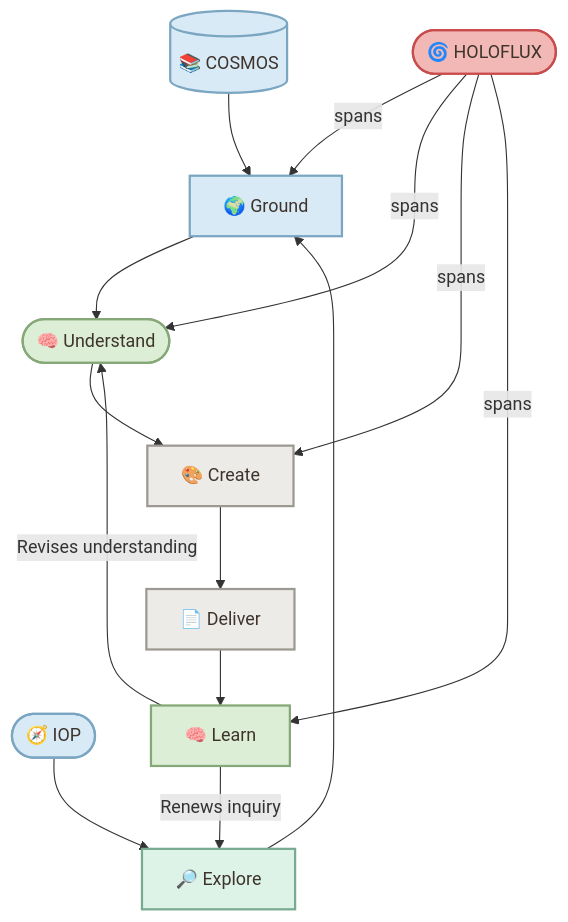
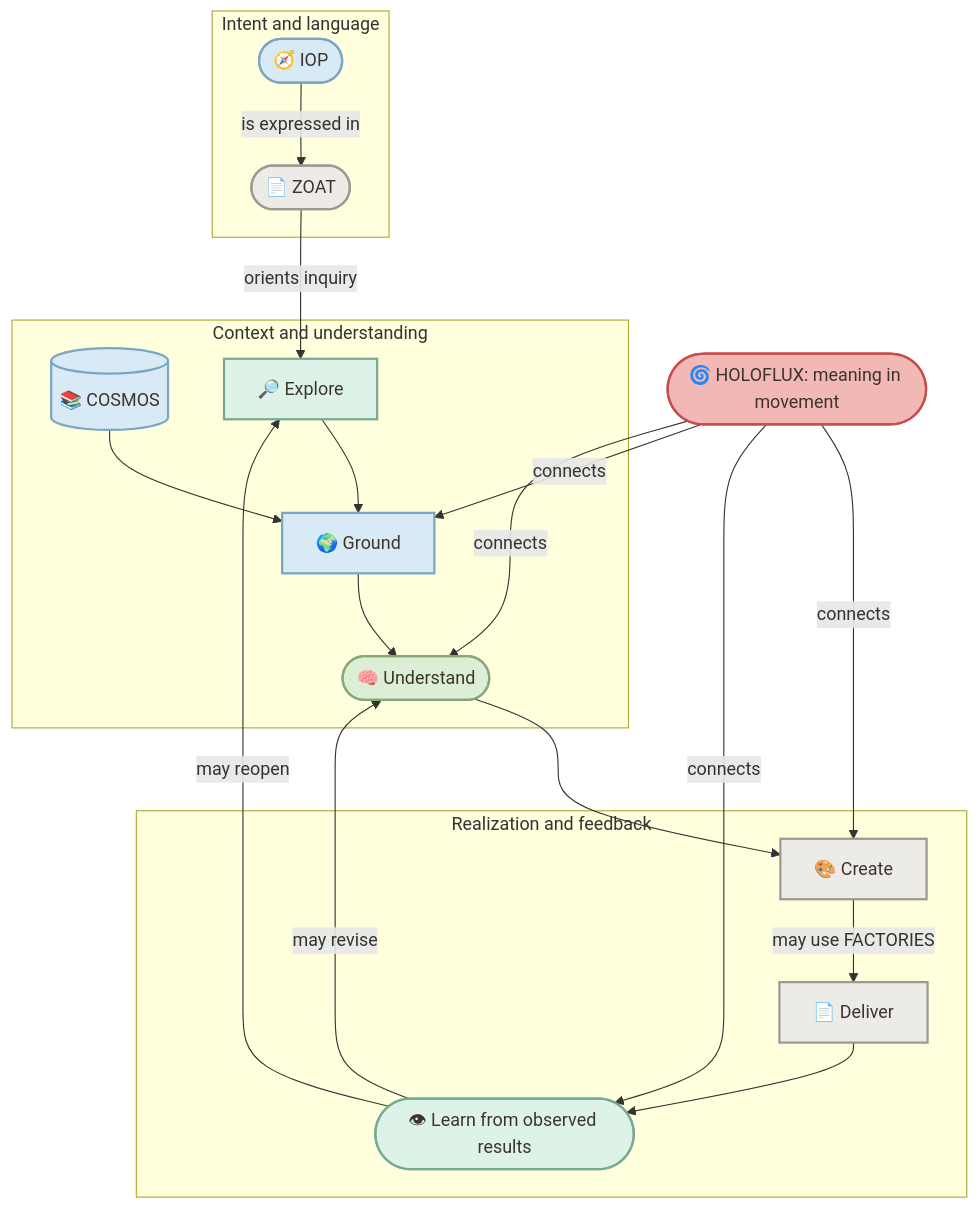
Before and after one commit to enogrob/project-holoflux: the second of 2 diagrams in README.md, drawn with Mermaid. The commit also changed other lines of this file, not shown here.

Commit message:
docs: present ZOAT as IOP language and refresh public conceptual Mermaid diagrams

````diff
--- a/README.md
+++ b/README.md
@@ -82,41 +86,39 @@
 ```mermaid
 flowchart TD
-    %% COSMOS: Knowledge in context.
-    K[(📚 COSMOS)]:::context
-    %% IOP: Intent and purpose.
-    I([🧭 IOP]):::context
-    %% Explore: Inquiry and observation.
-    E[🔎 Explore]:::observation
-    %% Ground: Context and observations.
-    G[🌍 Ground]:::context
-    %% Understand: Relations and perspectives.
-    U([🧠 Understand]):::understanding
-    %% Create: FACTORIES explication.
-    C[🎨 Create]:::projection
-    %% Deliver: Share and apply.
-    D[📄 Deliver]:::projection
-    %% Learn: Reflect and revise.
-    L[🧠 Learn]:::understanding
-    %% HOLOFLUX: Meaning in movement across the whole flow.
-    H([🌀 HOLOFLUX]):::holoflux
-
+    subgraph Orientation["Intent and language"]
+      I([🧭 IOP]):::context
+      Z([📄 ZOAT]):::projection
+    end
+    subgraph Inquiry["Context and understanding"]
+      K[(📚 COSMOS)]:::context
+      E[🔎 Explore]:::observation
+      G[🌍 Ground]:::context
+      U([🧠 Understand]):::understanding
+    end
+    subgraph Expression["Realization and feedback"]
+      C[🎨 Create]:::projection
+      D[📄 Deliver]:::projection
+      L([👁 Learn from observed results]):::observation
+    end
+    H([🌀 HOLOFLUX: meaning in movement]):::holoflux
+    I -->|is expressed in| Z
+    Z -->|orients inquiry| E
     K --> G
-    I --> E
     E --> G
     G --> U
     U --> C
-    C --> D
+    C -->|may use FACTORIES| D
     D --> L
-    L -->|Renews inquiry| E
-    L -->|Revises understanding| U
-    H -->|spans| G
-    H -->|spans| U
-    H -->|spans| C
-    H -->|spans| L
+    L -->|may reopen| E
+    L -->|may revise| U
+    H -->|connects| G
+    H -->|connects| U
+    H -->|connects| C
+    H -->|connects| L
 
     classDef context fill:#D9EAF7,stroke:#7AA6C2,color:#3E342C,stroke-width:2px;
     classDef understanding fill:#DCEFD6,stroke:#86A878,color:#3E342C,stroke-width:2px;
     classDef holoflux fill:#F2B8B5,stroke:#C94C4C,color:#3E342C,stroke-width:2px;
     classDef projection fill:#ECEBE8,stroke:#9C9992,color:#3E342C,stroke-width:2px;
     classDef observation fill:#DDF3E8,stroke:#78AA91,color:#3E342C,stroke-width:2px;
 ```
````
